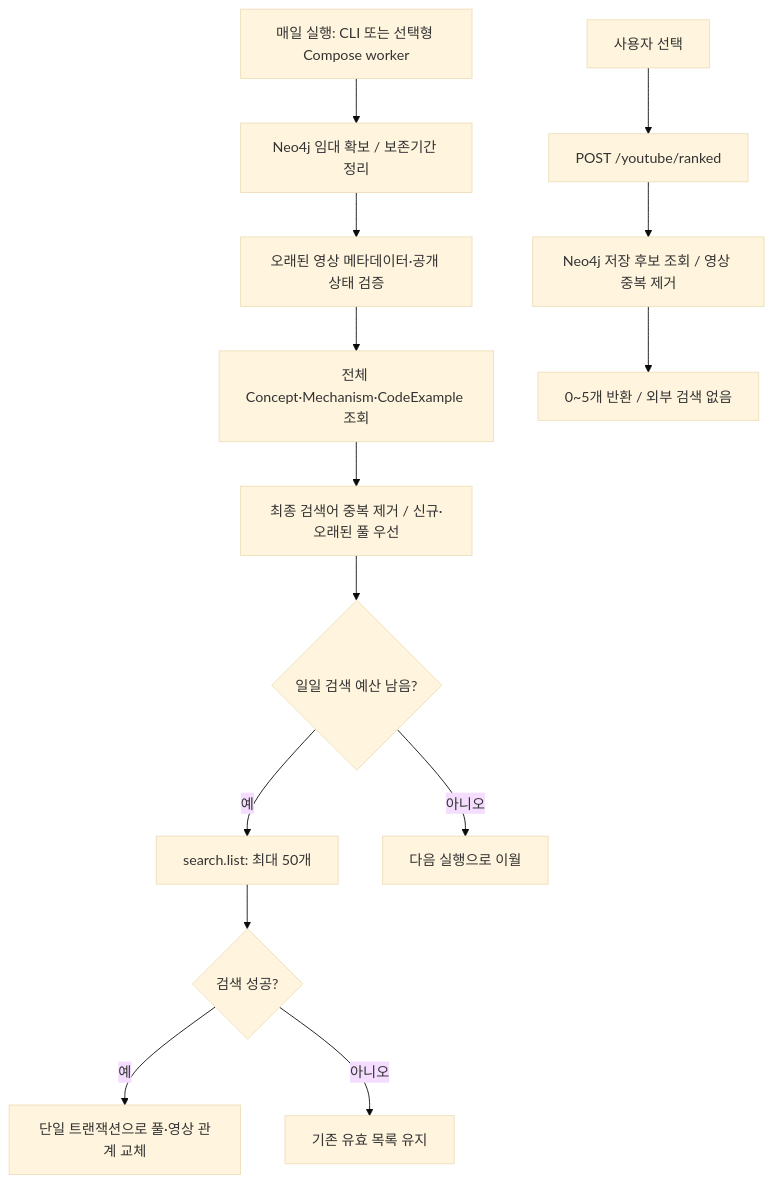
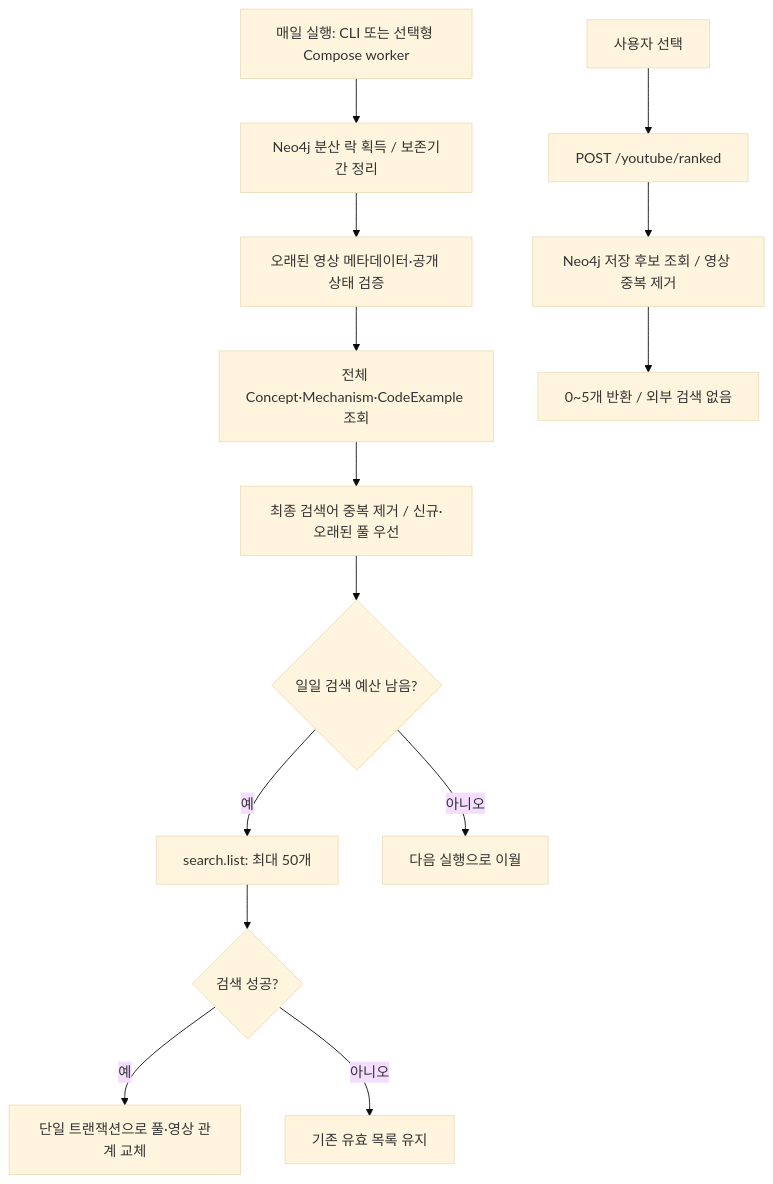
One commit to ann-star20/Code-Shepherd changed the first of 2 diagrams in docs/M5_VIDEO_COLLECTION.md. Above: the diagram before and after it, drawn with Mermaid (base theme). The commit also changed other lines of this file and 3 other files, not shown here.

````diff
--- a/docs/M5_VIDEO_COLLECTION.md
+++ b/docs/M5_VIDEO_COLLECTION.md
@@ -9,16 +9,16 @@
 ```mermaid
 flowchart TB
-    T["매일 실행: CLI 또는 선택형 Compose worker"] --> L["Neo4j 임대 확보 / 보존기간 정리"]
+    T["매일 실행: CLI 또는 선택형 Compose worker"] --> L["Neo4j 분산 락 획득 / 보존기간 정리"]
     L --> M["오래된 영상 메타데이터·공개 상태 검증"]
     M --> C["전체 Concept·Mechanism·CodeExample 조회"]
     C --> Q["최종 검색어 중복 제거 / 신규·오래된 풀 우선"]
     Q --> B{"일일 검색 예산 남음?"}
     B -->|예| Y["search.list: 최대 50개"]
     Y --> X{"검색 성공?"}
     X -->|예| W["단일 트랜잭션으로 풀·영상 관계 교체"]
     X -->|아니오| K["기존 유효 목록 유지"]
     B -->|아니오| N["다음 실행으로 이월"]
     U["사용자 선택"] --> API["POST /youtube/ranked"]
     API --> R["Neo4j 저장 후보 조회 / 영상 중복 제거"]
     R --> V["0~5개 반환 / 외부 검색 없음"]
 ```
````
